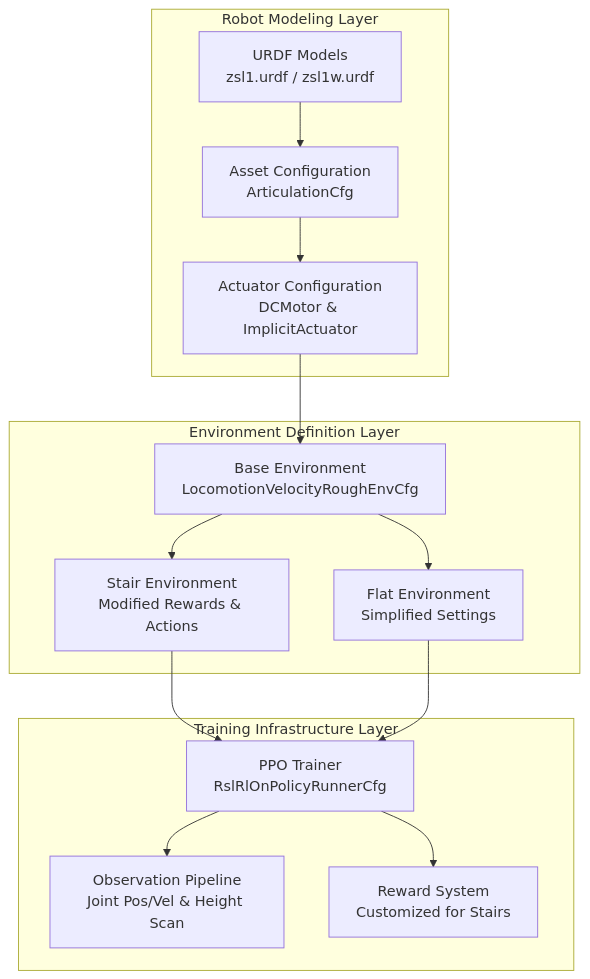
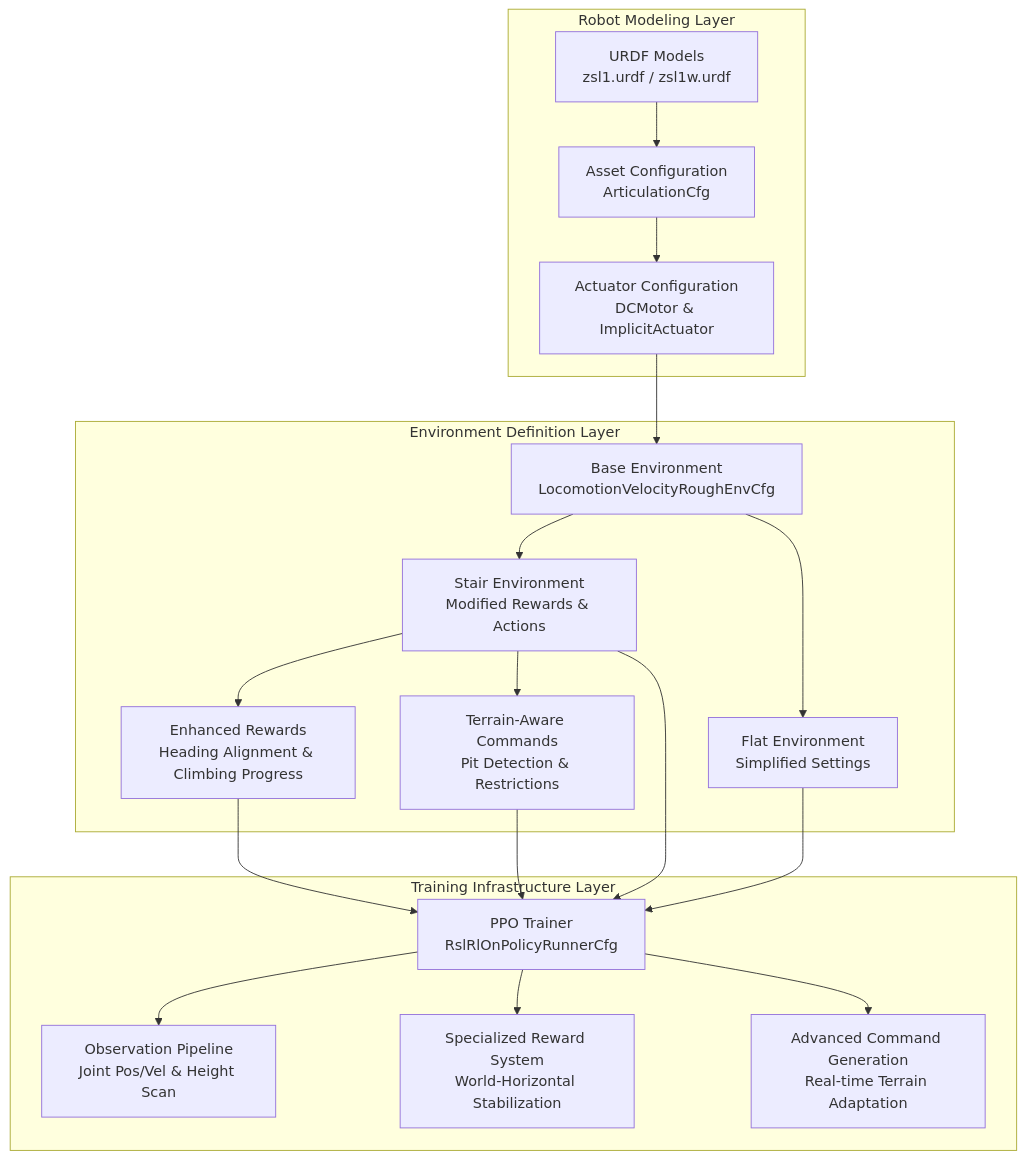
The second of 8 diagrams in .qoder/repowiki/en/content/ZSIBOT ZSL1 Stair Climbing Configuration.md (jayjayhust/robot_lab), drawn with Mermaid before and after one commit. The commit also changed other lines of this file and 10 other files, not shown here.

````diff
--- a/.qoder/repowiki/en/content/ZSIBOT ZSL1 Stair Climbing Configuration.md
+++ b/.qoder/repowiki/en/content/ZSIBOT ZSL1 Stair Climbing Configuration.md
@@ -108,27 +141,35 @@
 ```mermaid
 graph TB
 subgraph "Robot Modeling Layer"
 URDF_MODEL["URDF Models<br/>zsl1.urdf / zsl1w.urdf"]
 ASSET_CONFIG["Asset Configuration<br/>ArticulationCfg"]
 ACTUATOR_CONFIG["Actuator Configuration<br/>DCMotor & ImplicitActuator"]
 end
 subgraph "Environment Definition Layer"
 BASE_ENV["Base Environment<br/>LocomotionVelocityRoughEnvCfg"]
 STAIR_ENV["Stair Environment<br/>Modified Rewards & Actions"]
 FLAT_ENV["Flat Environment<br/>Simplified Settings"]
+ENHANCED_REWARDS["Enhanced Rewards<br/>Heading Alignment & Climbing Progress"]
+TERRAIN_COMMANDS["Terrain-Aware Commands<br/>Pit Detection & Restrictions"]
 end
 subgraph "Training Infrastructure Layer"
 PPO_TRAINER["PPO Trainer<br/>RslRlOnPolicyRunnerCfg"]
 OBSERVATION["Observation Pipeline<br/>Joint Pos/Vel & Height Scan"]
-REWARD_SYSTEM["Reward System<br/>Customized for Stairs"]
+REWARD_SYSTEM["Specialized Reward System<br/>World-Horizontal Stabilization"]
+COMMAND_GENERATION["Advanced Command Generation<br/>Real-time Terrain Adaptation"]
 end
 URDF_MODEL --> ASSET_CONFIG
 ASSET_CONFIG --> ACTUATOR_CONFIG
 ACTUATOR_CONFIG --> BASE_ENV
 BASE_ENV --> STAIR_ENV
 BASE_ENV --> FLAT_ENV
+STAIR_ENV --> ENHANCED_REWARDS
+STAIR_ENV --> TERRAIN_COMMANDS
+ENHANCED_REWARDS --> PPO_TRAINER
+TERRAIN_COMMANDS --> PPO_TRAINER
 STAIR_ENV --> PPO_TRAINER
 FLAT_ENV --> PPO_TRAINER
 PPO_TRAINER --> OBSERVATION
 PPO_TRAINER --> REWARD_SYSTEM
+PPO_TRAINER --> COMMAND_GENERATION
 ```
````
